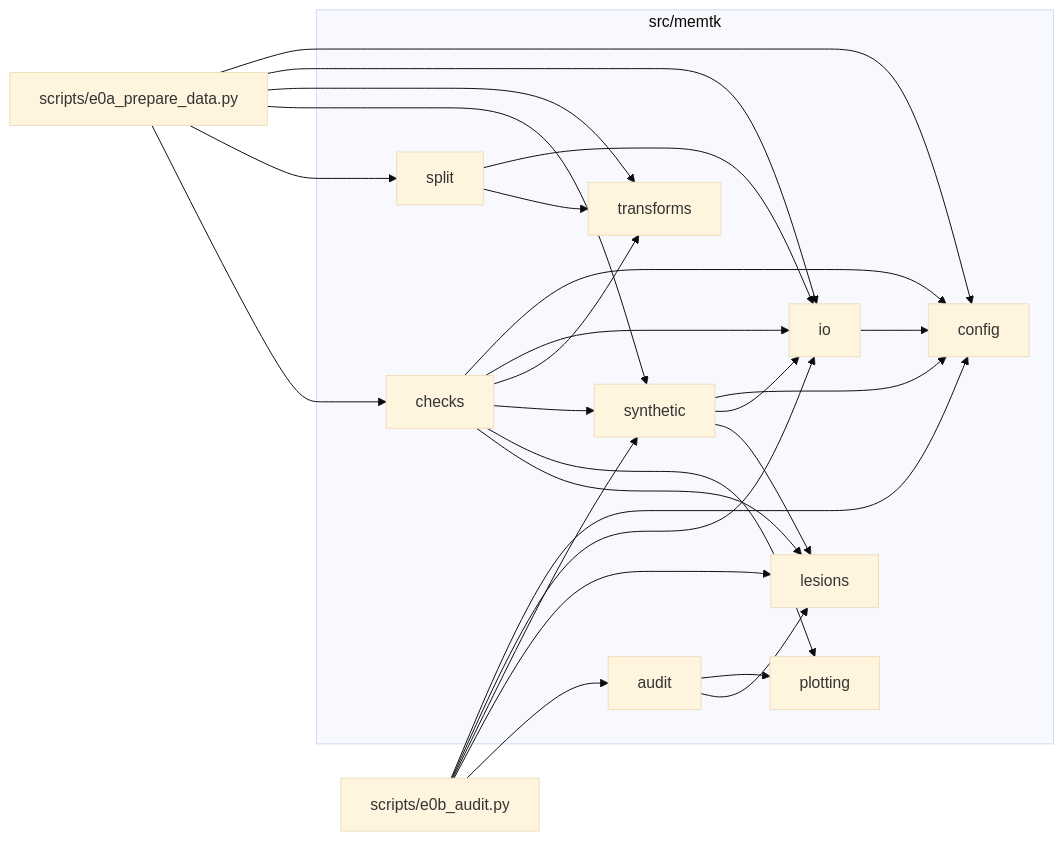
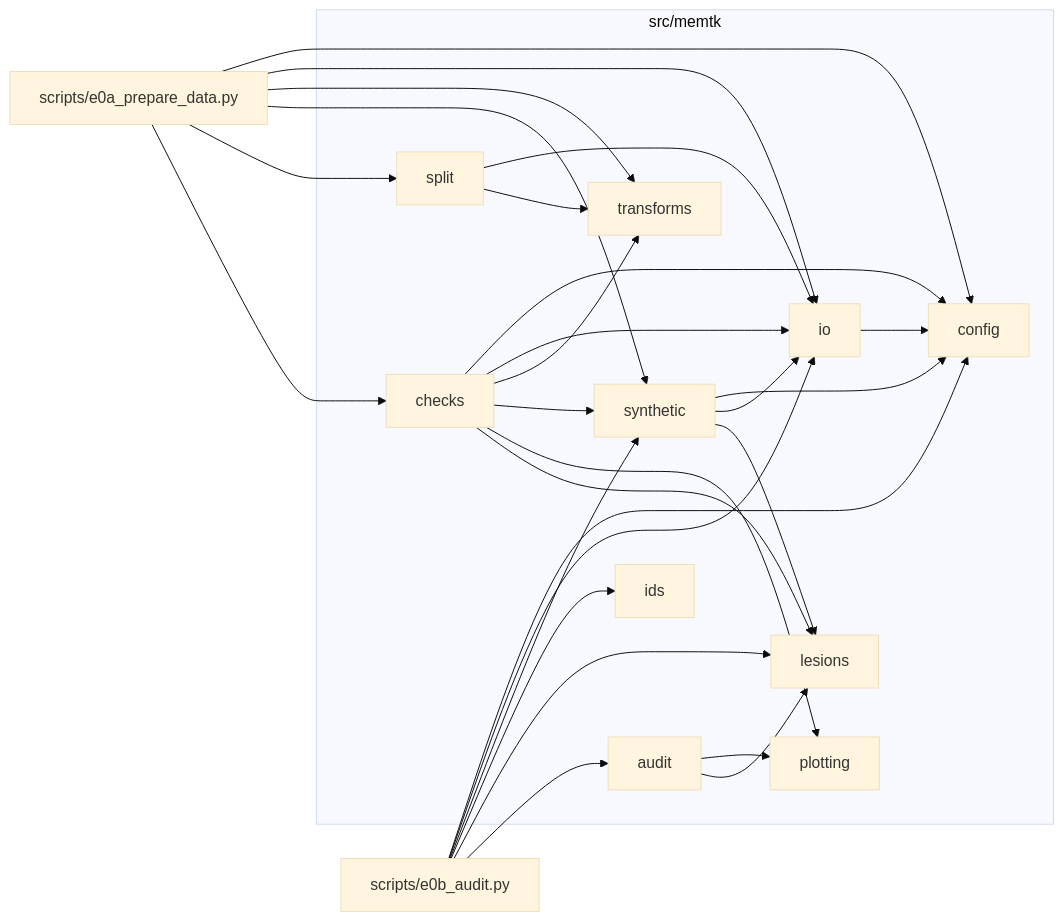
The second of 2 diagrams in docs/architecture.md (mattia3003/MT_project), drawn with Mermaid (base theme) before and after one commit. The commit also changed other lines of this file and 16 other files, not shown here.

````diff
--- a/docs/architecture.md
+++ b/docs/architecture.md
@@ -112,25 +114,26 @@
 ```mermaid
 flowchart LR
     S_E0A["scripts/e0a_prepare_data.py"]
     S_E0B["scripts/e0b_audit.py"]
 
     subgraph MEMTK["src/memtk"]
         M_CHECKS["checks"]
         M_AUDIT["audit"]
         M_SPLIT["split"]
         M_SYN["synthetic"]
         M_PLOT["plotting"]
         M_LESIONS["lesions"]
+        M_IDS["ids"]
         M_TRANSFORMS["transforms"]
         M_IO["io"]
         M_CONFIG["config"]
     end
 
     S_E0A --> M_CHECKS & M_SPLIT & M_SYN & M_TRANSFORMS & M_IO & M_CONFIG
-    S_E0B --> M_AUDIT & M_LESIONS & M_SYN & M_IO & M_CONFIG
+    S_E0B --> M_AUDIT & M_LESIONS & M_IDS & M_SYN & M_IO & M_CONFIG
     M_CHECKS --> M_LESIONS & M_PLOT & M_SYN & M_TRANSFORMS & M_IO & M_CONFIG
     M_AUDIT --> M_LESIONS & M_PLOT
     M_SPLIT --> M_TRANSFORMS & M_IO
     M_SYN --> M_LESIONS & M_IO & M_CONFIG
     M_IO --> M_CONFIG
 ```
````
